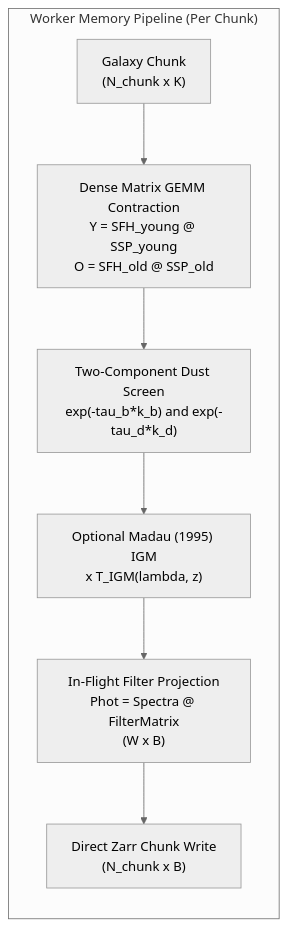
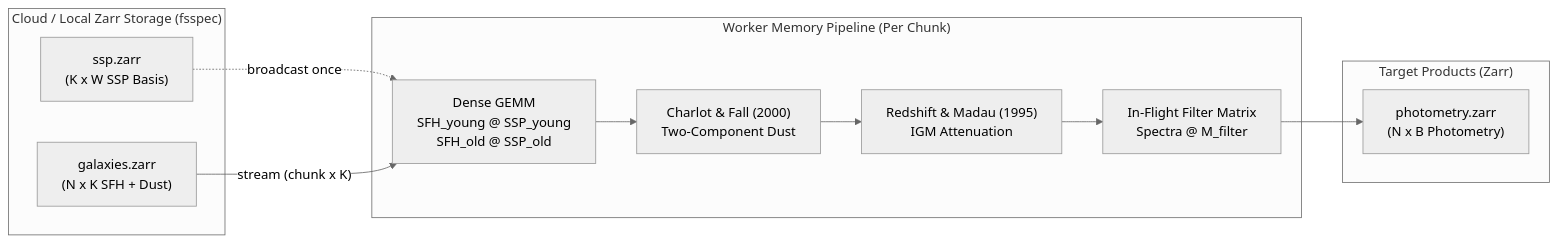
Before and after one commit to SankarGaneshb/specsynth: the diagram in README.md, drawn with Mermaid (neutral theme). The commit also changed other lines of this file and 47 other files, not shown here.

````diff
--- a/README.md
+++ b/README.md
@@ -76,18 +63,22 @@
 ```mermaid
 flowchart LR
+    subgraph Storage ["Cloud / Local Zarr Storage (fsspec)"]
+        SSP["ssp.zarr<br/>(K x W SSP Basis)"]
+        GAL["galaxies.zarr<br/>(N x K SFH + Dust)"]
+    end
+
     subgraph WorkerTask ["Worker Memory Pipeline (Per Chunk)"]
-        direction TB
-        Input["Galaxy Chunk<br/>(N_chunk x K)"]
-        GEMM["Dense Matrix GEMM Contraction<br/>Y = SFH_young @ SSP_young<br/>O = SFH_old @ SSP_old"]
-        Dust["Two-Component Dust Screen<br/>exp(-tau_b*k_b) and exp(-tau_d*k_d)"]
-        IGM["Optional Madau (1995) IGM<br/>x T_IGM(lambda, z)"]
-        Proj["In-Flight Filter Projection<br/>Phot = Spectra @ FilterMatrix<br/>(W x B)"]
-        Write["Direct Zarr Chunk Write<br/>(N_chunk x B)"]
+        GEMM["Dense GEMM<br/>SFH_young @ SSP_young<br/>SFH_old @ SSP_old"]
+        Dust["Charlot & Fall (2000)<br/>Two-Component Dust"]
+        IGM["Redshift & Madau (1995)<br/>IGM Attenuation"]
+        Proj["In-Flight Filter Matrix<br/>Spectra @ M_filter"]
+    end
 
-        Input --> GEMM
-        GEMM --> Dust
-        Dust --> IGM
-        IGM --> Proj
-        Proj --> Write
+    subgraph Output ["Target Products (Zarr)"]
+        Phot["photometry.zarr<br/>(N x B Photometry)"]
     end
+
+    SSP -.->|"broadcast once"| GEMM
+    GAL -->|"stream (chunk x K)"| GEMM
+    GEMM --> Dust --> IGM --> Proj --> Phot
 ```
````
